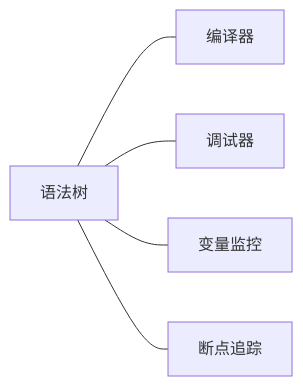
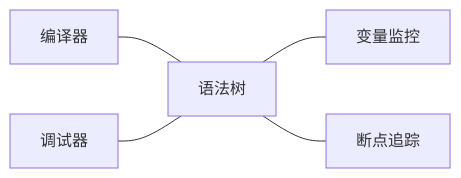
Before and after one commit to whiteChen233/whitechen233.github.io: the third of 4 diagrams in docs/zh/QCCSTP/system-architect/software-architecture-design.md, drawn with Mermaid. The commit also changed other lines of this file and 8 other files, not shown here.

````diff
--- a/docs/zh/QCCSTP/system-architect/software-architecture-design.md
+++ b/docs/zh/QCCSTP/system-architect/software-architecture-design.md
@@ -159,7 +159,7 @@
   ```mermaid
   graph LR
-      A[语法树] --- B[编译器]
-      A --- C[调试器]
+      B[编译器] --- A[语法树]
+      C[调试器] --- A
       A --- D[变量监控]
       A --- E[断点追踪]
   ```
````
